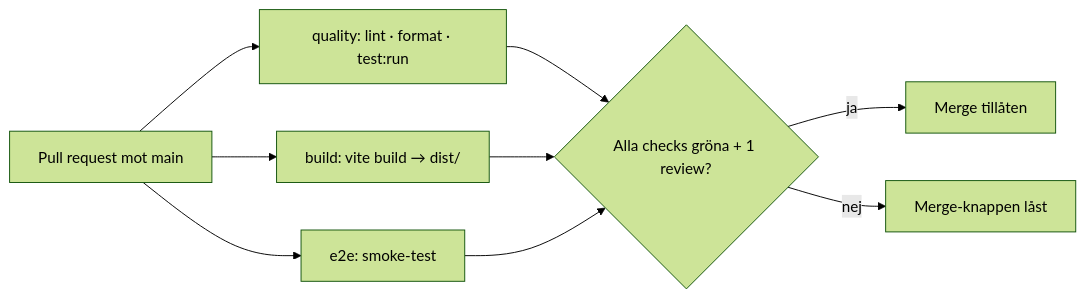
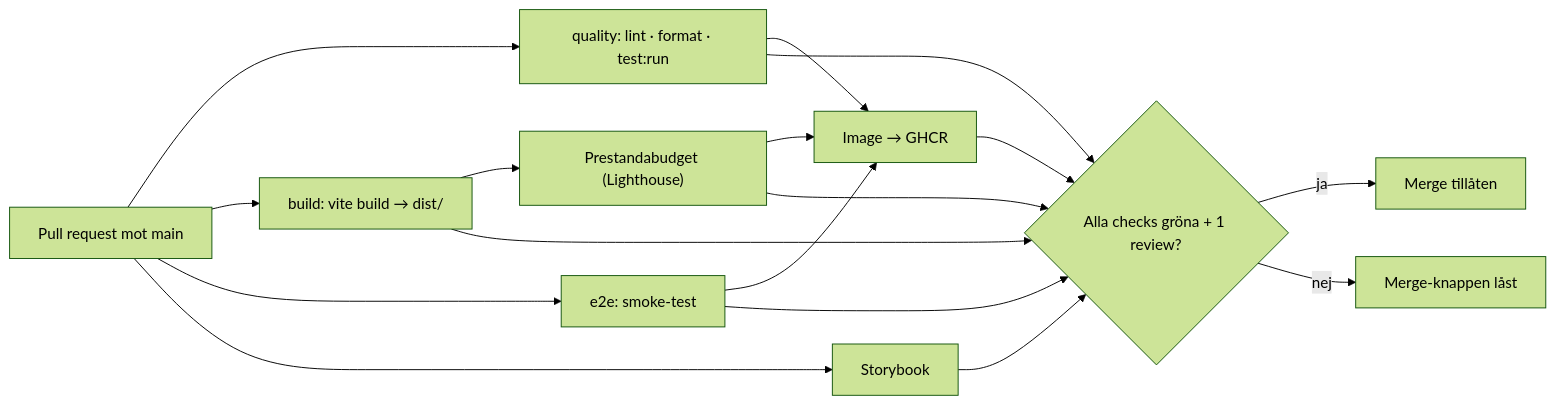
The diagram in docs/pipeline.md (vbystroem/Team-Ohm_Kraftly-Mina-Sidor), drawn with Mermaid (forest theme) before and after one commit. The commit also changed other lines of this file and 5 other files, not shown here.

Commit message:
lade till saknad information i README och skrev architecture.md

````diff
--- a/docs/pipeline.md
+++ b/docs/pipeline.md
@@ -5,11 +5,12 @@
 ```mermaid
 flowchart LR
     PR[Pull request mot main] --> Q[quality: lint · format · test:run]
     PR --> B[build: vite build → dist/]
     PR --> E[e2e: smoke-test]
-    Q --> M{Alla checks gröna + 1 review?}
-    B --> M
-    E --> M
+    PR --> S[Storybook]
+    B --> L["Prestandabudget (Lighthouse)"]
+    Q & E & L --> P["Image → GHCR"]
+    Q & B & E & S & L & P --> M{Alla checks gröna + 1 review?}
     M -- ja --> OK[Merge tillåten]
     M -- nej --> Stop[Merge-knappen låst]
 ```
````
